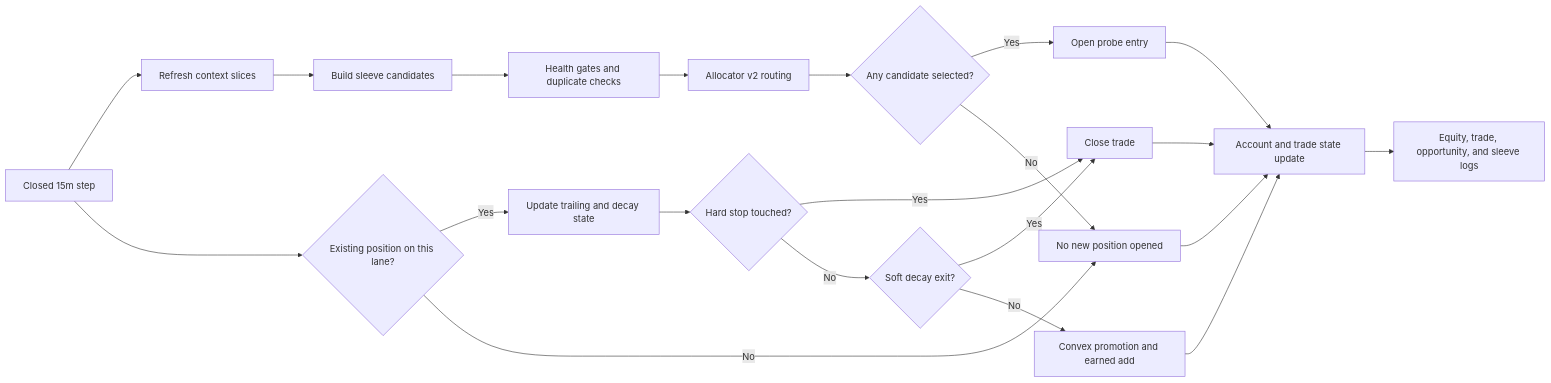
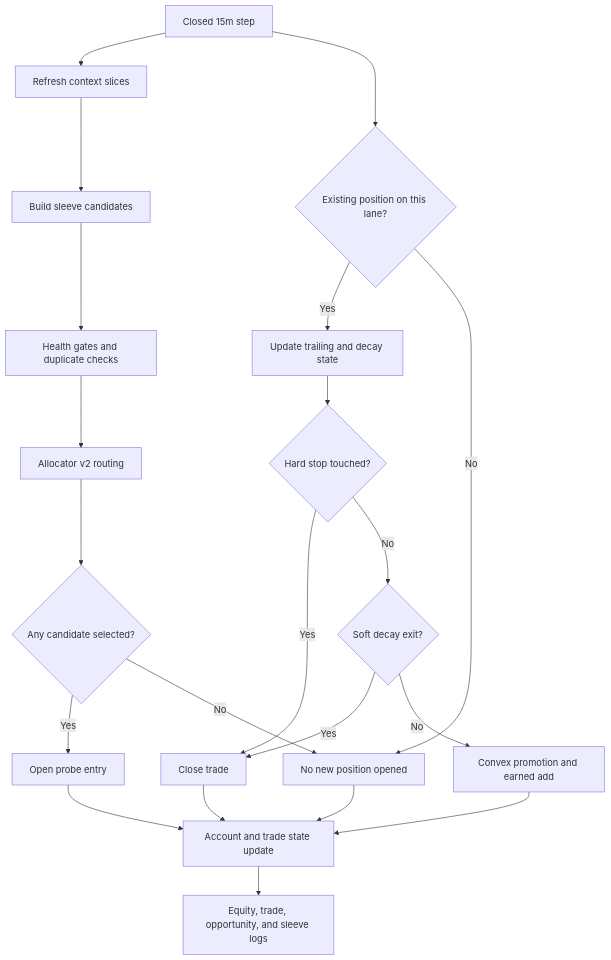
Before and after one commit to nneupane1/Retail-Trading-System: the second of 2 diagrams in README.md, drawn with Mermaid. The commit also changed other lines of this file, not shown here.

````diff
--- a/README.md
+++ b/README.md
@@ -1614,25 +1654,25 @@
 ```mermaid
-flowchart LR
+flowchart TD
     A[Closed 15m step] --> B[Refresh context slices]
     B --> C[Build sleeve candidates]
     C --> D[Health gates and duplicate checks]
     D --> E[Allocator v2 routing]
     E --> F{Any candidate selected?}
     F -- Yes --> G[Open probe entry]
     F -- No --> H[No new position opened]
 
     A --> I{Existing position on this lane?}
     I -- Yes --> J[Update trailing and decay state]
     J --> K{Hard stop touched?}
     K -- Yes --> L[Close trade]
     K -- No --> M{Soft decay exit?}
     M -- Yes --> L
     M -- No --> N[Convex promotion and earned add]
     I -- No --> H
 
     G --> O[Account and trade state update]
     L --> O
     N --> O
     H --> O
     O --> P[Equity, trade, opportunity, and sleeve logs]
 ```
````
